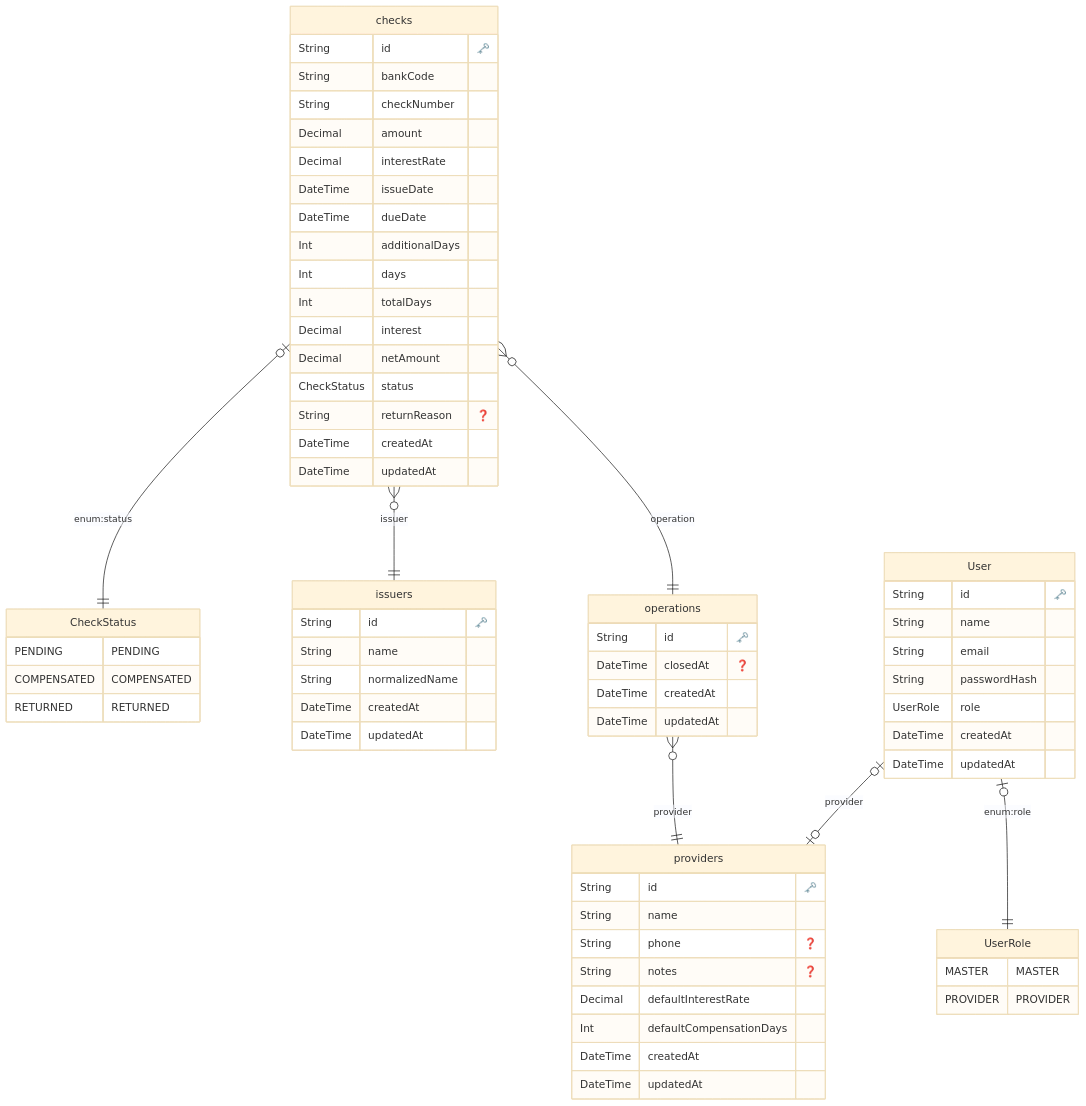
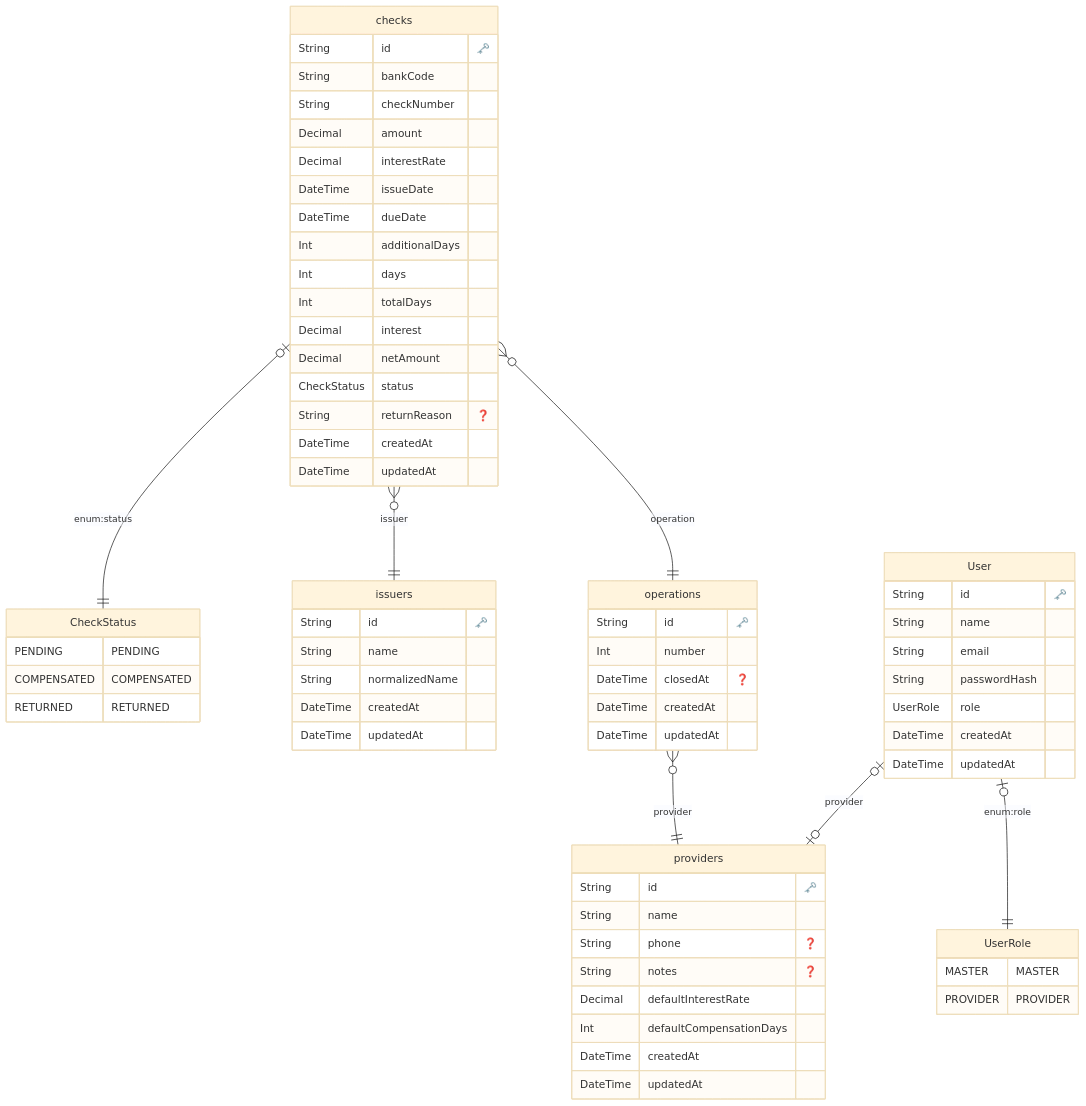
One commit to erickppn/g-checkflow changed the diagram in docs/database/schema.md. Above: the diagram before and after it, drawn with Mermaid (base theme). The commit also changed 28 other files, not shown here.

```diff
--- a/docs/database/schema.md
+++ b/docs/database/schema.md
@@ -37,6 +37,7 @@
 
   "operations" {
     String id "🗝️"
+    Int number 
     DateTime closedAt "❓"
     DateTime createdAt 
     DateTime updatedAt 
```
